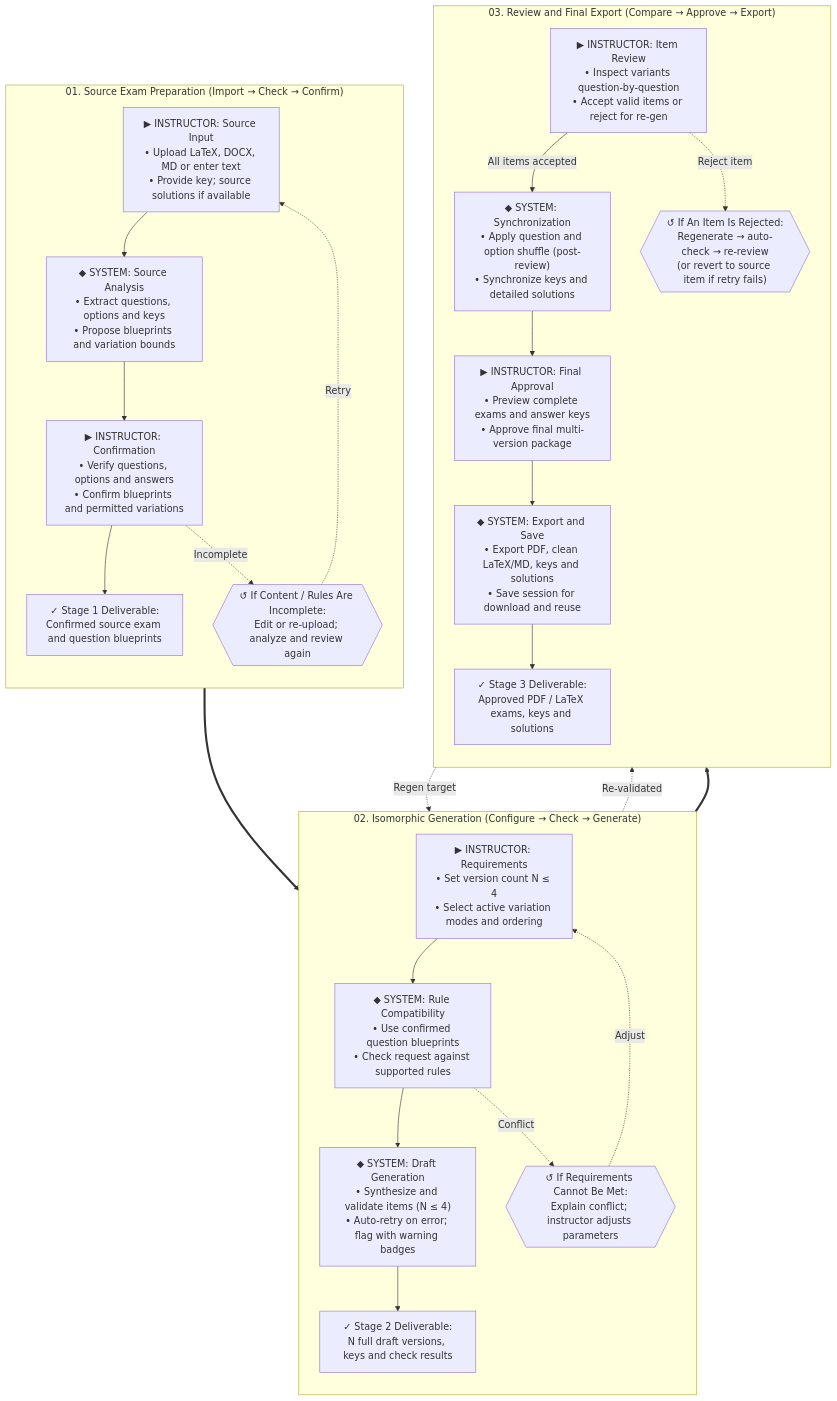
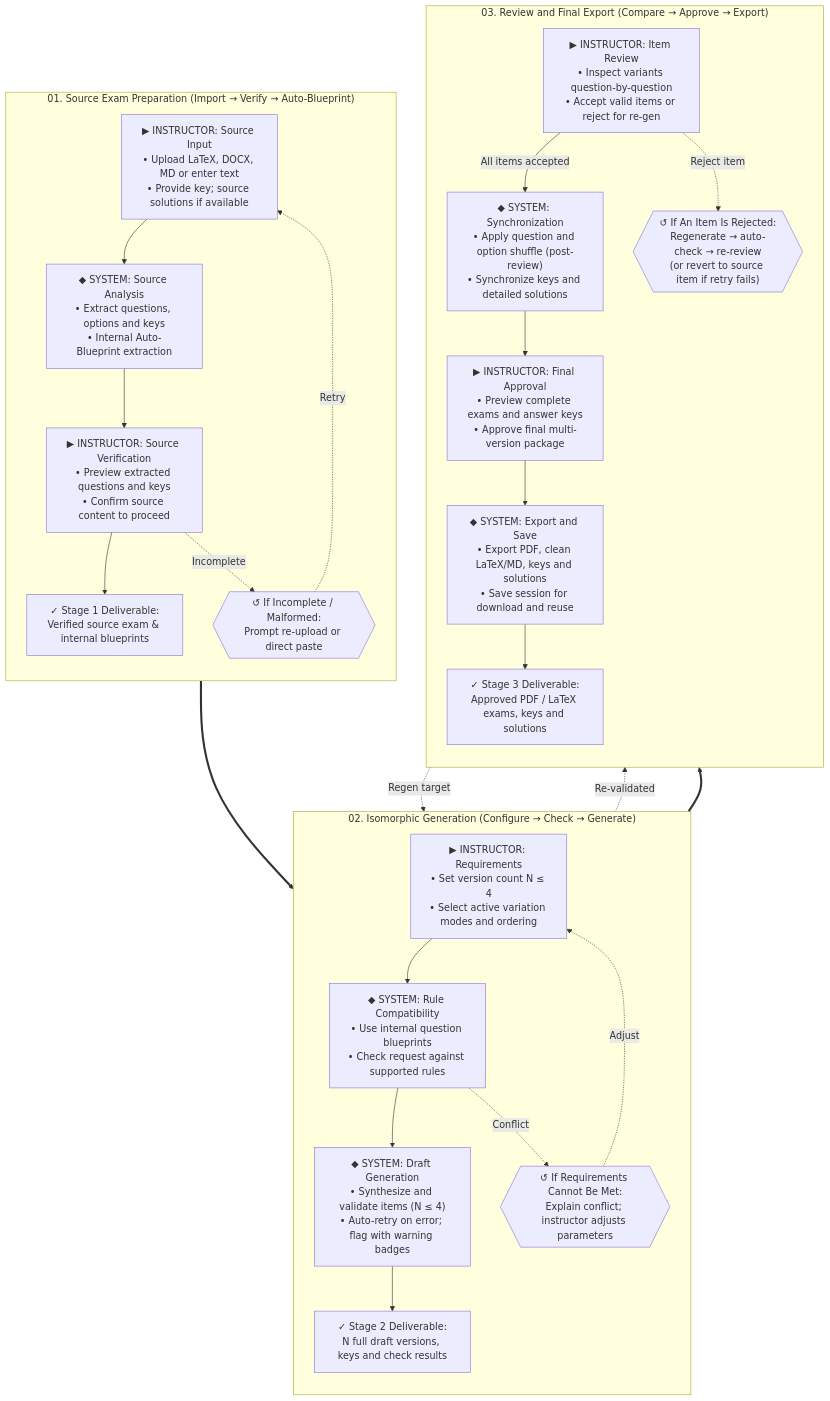
Before and after one commit to Computational-Thinking-Project/isomorphic-exam-synthesizer: the second of 2 diagrams in docs/description.md, drawn with Mermaid. The commit also changed other lines of this file and 2 other files, not shown here.

Commit message:
docs: update planning, architecture and description from stage1 blueprint

````diff
--- a/docs/description.md
+++ b/docs/description.md
@@ -150,65 +148,65 @@
 ```mermaid
 flowchart TB
     %% ============================================================
     %% STAGE 1: Source Exam Preparation
     %% ============================================================
-    subgraph Stage1 ["01. Source Exam Preparation (Import → Check → Confirm)"]
+    subgraph Stage1 ["01. Source Exam Preparation (Import → Verify → Auto-Blueprint)"]
         direction TB
         S1_1["▶ INSTRUCTOR: Source Input<br/>• Upload LaTeX, DOCX, MD or enter text<br/>• Provide key; source solutions if available"]
-        S1_2["◆ SYSTEM: Source Analysis<br/>• Extract questions, options and keys<br/>• Propose blueprints and variation bounds"]
-        S1_3["▶ INSTRUCTOR: Confirmation<br/>• Verify questions, options and answers<br/>• Confirm blueprints and permitted variations"]
-        S1_Warn{{"↺ If Content / Rules Are Incomplete:<br/>Edit or re-upload; analyze and review again"}}
-        S1_Res["✓ Stage 1 Deliverable:<br/>Confirmed source exam and question blueprints"]
+        S1_2["◆ SYSTEM: Source Analysis<br/>• Extract questions, options and keys<br/>• Internal Auto-Blueprint extraction"]
+        S1_3["▶ INSTRUCTOR: Source Verification<br/>• Preview extracted questions and keys<br/>• Confirm source content to proceed"]
+        S1_Warn{{"↺ If Incomplete / Malformed:<br/>Prompt re-upload or direct paste"}}
+        S1_Res["✓ Stage 1 Deliverable:<br/>Verified source exam & internal blueprints"]
 
         S1_1 --> S1_2
         S1_2 --> S1_3
         S1_3 --> S1_Res
         S1_3 -. "Incomplete" .-> S1_Warn
         S1_Warn -. "Retry" .-> S1_1
     end
 
     %% ============================================================
     %% STAGE 2: Isomorphic Generation
     %% ============================================================
     subgraph Stage2 ["02. Isomorphic Generation (Configure → Check → Generate)"]
         direction TB
         S2_1["▶ INSTRUCTOR: Requirements<br/>• Set version count N ≤ 4<br/>• Select active variation modes and ordering"]
-        S2_2["◆ SYSTEM: Rule Compatibility<br/>• Use confirmed question blueprints<br/>• Check request against supported rules"]
+        S2_2["◆ SYSTEM: Rule Compatibility<br/>• Use internal question blueprints<br/>• Check request against supported rules"]
         S2_Warn{{"↺ If Requirements Cannot Be Met:<br/>Explain conflict; instructor adjusts parameters"}}
         S2_3["◆ SYSTEM: Draft Generation<br/>• Synthesize and validate items (N ≤ 4)<br/>• Auto-retry on error; flag with warning badges"]
         S2_Res["✓ Stage 2 Deliverable:<br/>N full draft versions, keys and check results"]
 
         S2_1 --> S2_2
         S2_2 --> S2_3
         S2_2 -. "Conflict" .-> S2_Warn
         S2_Warn -. "Adjust" .-> S2_1
         S2_3 --> S2_Res
     end
 
     %% ============================================================
     %% STAGE 3: Review and Final Export
     %% ============================================================
     subgraph Stage3 ["03. Review and Final Export (Compare → Approve → Export)"]
         direction TB
         S3_1["▶ INSTRUCTOR: Item Review<br/>• Inspect variants question-by-question<br/>• Accept valid items or reject for re-gen"]
         S3_Warn{{"↺ If An Item Is Rejected:<br/>Regenerate → auto-check → re-review<br/>(or revert to source item if retry fails)"}}
         S3_2["◆ SYSTEM: Synchronization<br/>• Apply question and option shuffle (post-review)<br/>• Synchronize keys and detailed solutions"]
         S3_3["▶ INSTRUCTOR: Final Approval<br/>• Preview complete exams and answer keys<br/>• Approve final multi-version package"]
         S3_4["◆ SYSTEM: Export and Save<br/>• Export PDF, clean LaTeX/MD, keys and solutions<br/>• Save session for download and reuse"]
         S3_Res["✓ Stage 3 Deliverable:<br/>Approved PDF / LaTeX exams, keys and solutions"]
 
         S3_1 -->|"All items accepted"| S3_2
         S3_1 -. "Reject item" .-> S3_Warn
         S3_2 --> S3_3
         S3_3 --> S3_4
         S3_4 --> S3_Res
     end
 
     %% Inter-stage Transitions
     Stage1 ==> Stage2
     Stage2 ==> Stage3
 
     %% Closed Feedback Loop
     S3_Warn -. "Regen target" .-> S2_3
     S2_3 -. "Re-validated" .-> S3_1
 ```
````
